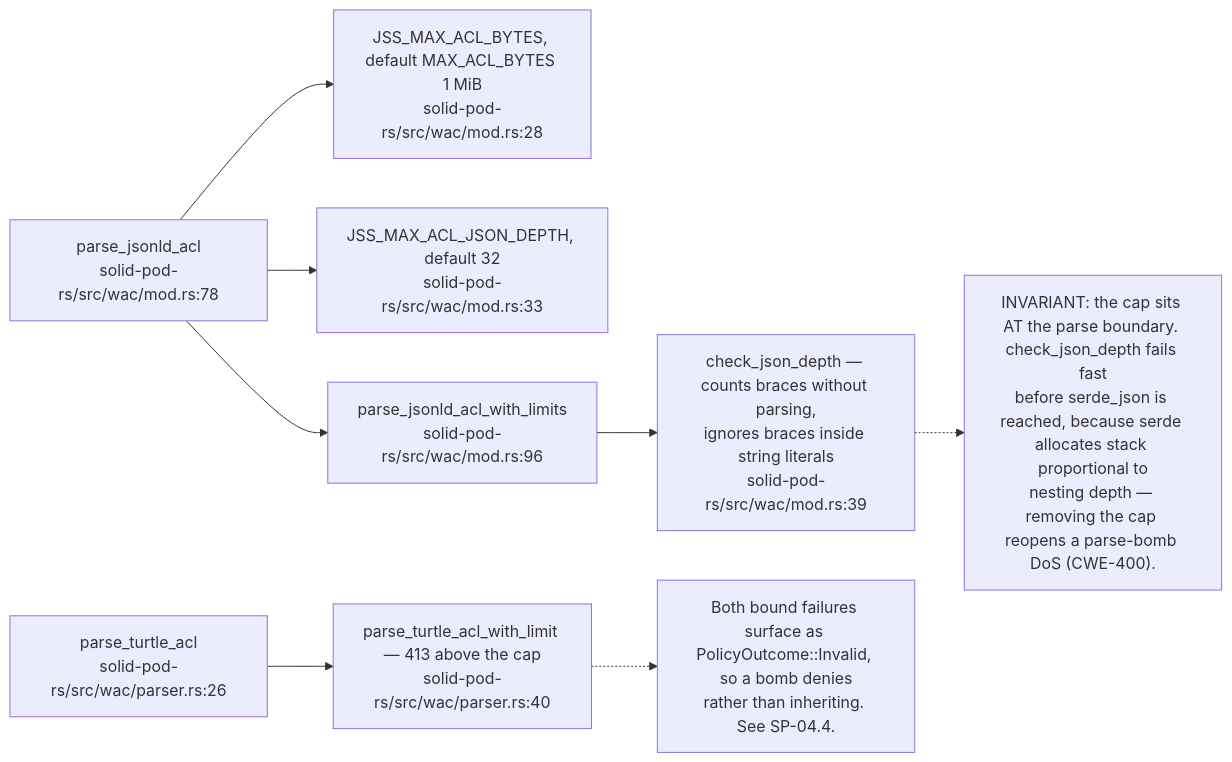
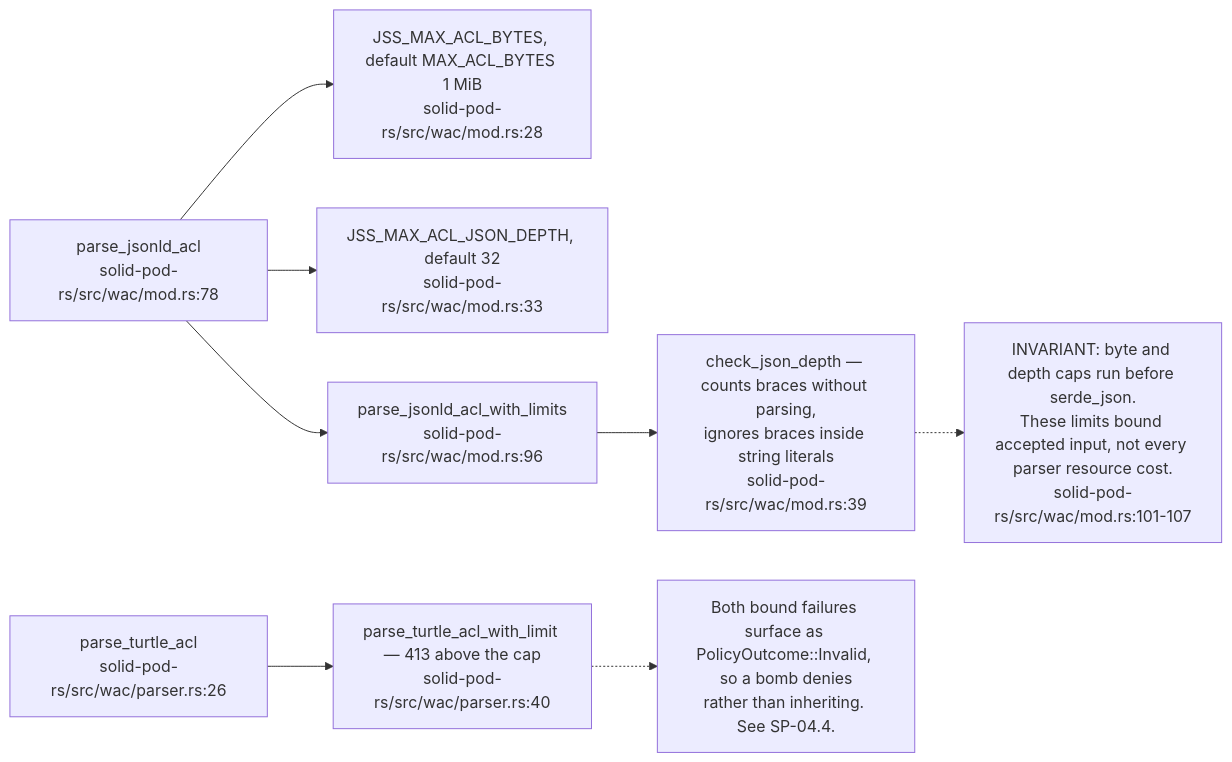
The ninth of 13 diagrams in docs/diagrams/solid-pod-rs/04-wac-authorisation.md (DreamLab-AI/VisionFlow), drawn with Mermaid before and after one commit. The commit also changed other lines of this file and 29 other files, not shown here.

````diff
--- a/docs/diagrams/solid-pod-rs/04-wac-authorisation.md
+++ b/docs/diagrams/solid-pod-rs/04-wac-authorisation.md
@@ -281,20 +286,20 @@
 ```mermaid
 flowchart LR
     JSONLD["parse_jsonld_acl<br/>solid-pod-rs/src/wac/mod.rs:78"]
     ENVB["JSS_MAX_ACL_BYTES, default MAX_ACL_BYTES 1 MiB<br/>solid-pod-rs/src/wac/mod.rs:28"]
     ENVD["JSS_MAX_ACL_JSON_DEPTH, default 32<br/>solid-pod-rs/src/wac/mod.rs:33"]
     WL["parse_jsonld_acl_with_limits<br/>solid-pod-rs/src/wac/mod.rs:96"]
     DEPTH["check_json_depth — counts braces without parsing,<br/>ignores braces inside string literals<br/>solid-pod-rs/src/wac/mod.rs:39"]
     TURTLE["parse_turtle_acl<br/>solid-pod-rs/src/wac/parser.rs:26"]
     TWL["parse_turtle_acl_with_limit — 413 above the cap<br/>solid-pod-rs/src/wac/parser.rs:40"]
 
     JSONLD --> ENVB
     JSONLD --> ENVD
     JSONLD --> WL --> DEPTH
     TURTLE --> TWL
 
-    N["INVARIANT: the cap sits AT the parse boundary. check_json_depth fails fast<br/>before serde_json is reached, because serde allocates stack proportional to<br/>nesting depth — removing the cap reopens a parse-bomb DoS (CWE-400)."]
+    N["INVARIANT: byte and depth caps run before serde_json.<br/>These limits bound accepted input, not every parser resource cost.<br/>solid-pod-rs/src/wac/mod.rs:101-107"]
     DEPTH -.-> N
     N2["Both bound failures surface as PolicyOutcome::Invalid, so a bomb denies<br/>rather than inheriting. See SP-04.4."]
     TWL -.-> N2
 ```
````
